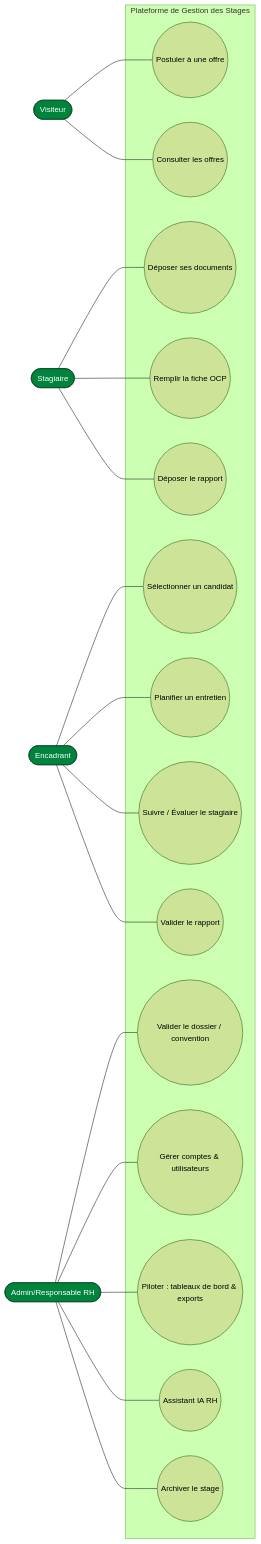
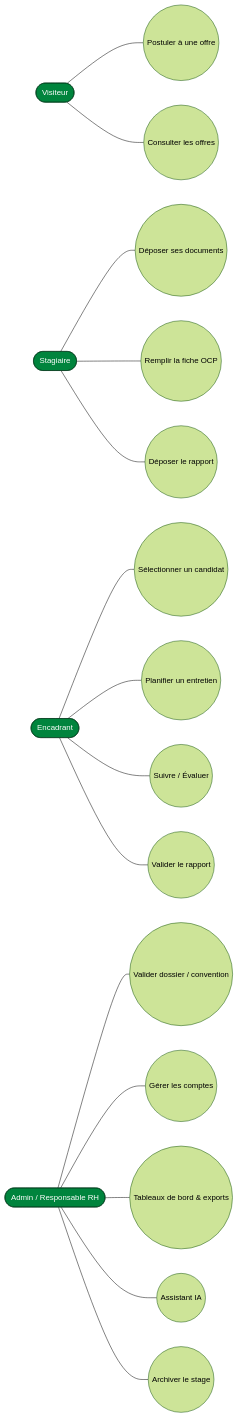
Before and after one commit to othman2waa/gestion-stages-ocp: the diagram in docs/usecase.mmd, drawn with Mermaid (forest theme). The commit also changed 14 other files, not shown here.

```diff
--- a/docs/usecase.mmd
+++ b/docs/usecase.mmd
@@ -1,41 +1,29 @@
 %% Diagramme de cas d'utilisation (approximation flowchart) — Gestion des Stages OCP
 %% Rendu : https://mermaid.live  →  exporter en PNG/SVG pour le rapport
 flowchart LR
     visiteur([Visiteur]):::actor
     stagiaire([Stagiaire]):::actor
     encadrant([Encadrant]):::actor
-    rh([Admin/Responsable RH]):::actor
+    rh([Admin / Responsable RH]):::actor
 
-    subgraph SYS[Plateforme de Gestion des Stages]
-        uc1((Postuler à une offre))
-        uc2((Consulter les offres))
-        uc3((Déposer ses documents))
-        uc4((Remplir la fiche OCP))
-        uc5((Déposer le rapport))
-        uc6((Sélectionner un candidat))
-        uc7((Planifier un entretien))
-        uc8((Suivre / Évaluer le stagiaire))
-        uc9((Valider le rapport))
-        uc10((Valider le dossier / convention))
-        uc11((Gérer comptes & utilisateurs))
-        uc12((Piloter : tableaux de bord & exports))
-        uc13((Assistant IA RH))
-        uc14((Archiver le stage))
-    end
+    uc1((Postuler à une offre))
+    uc2((Consulter les offres))
+    uc3((Déposer ses documents))
+    uc4((Remplir la fiche OCP))
+    uc5((Déposer le rapport))
+    uc6((Sélectionner un candidat))
+    uc7((Planifier un entretien))
+    uc8((Suivre / Évaluer))
+    uc9((Valider le rapport))
+    uc10((Valider dossier / convention))
+    uc11((Gérer les comptes))
+    uc12((Tableaux de bord & exports))
+    uc13((Assistant IA))
+    uc14((Archiver le stage))
 
-    visiteur --- uc1
-    visiteur --- uc2
-    stagiaire --- uc3
-    stagiaire --- uc4
-    stagiaire --- uc5
-    encadrant --- uc6
-    encadrant --- uc7
-    encadrant --- uc8
-    encadrant --- uc9
-    rh --- uc10
-    rh --- uc11
-    rh --- uc12
-    rh --- uc13
-    rh --- uc14
+    visiteur --- uc1 & uc2
+    stagiaire --- uc3 & uc4 & uc5
+    encadrant --- uc6 & uc7 & uc8 & uc9
+    rh --- uc10 & uc11 & uc12 & uc13 & uc14
 
     classDef actor fill:#00843D,color:#fff,stroke:#003B1C,stroke-width:1px;
```
